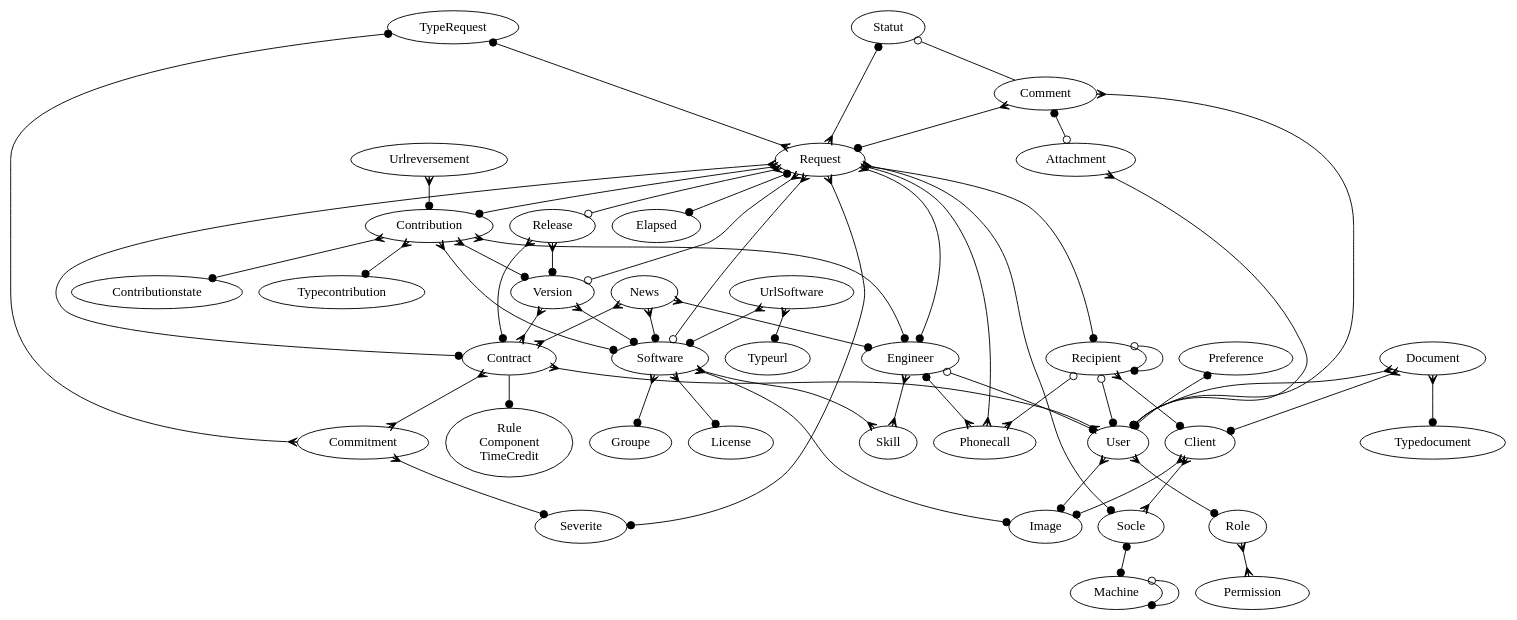
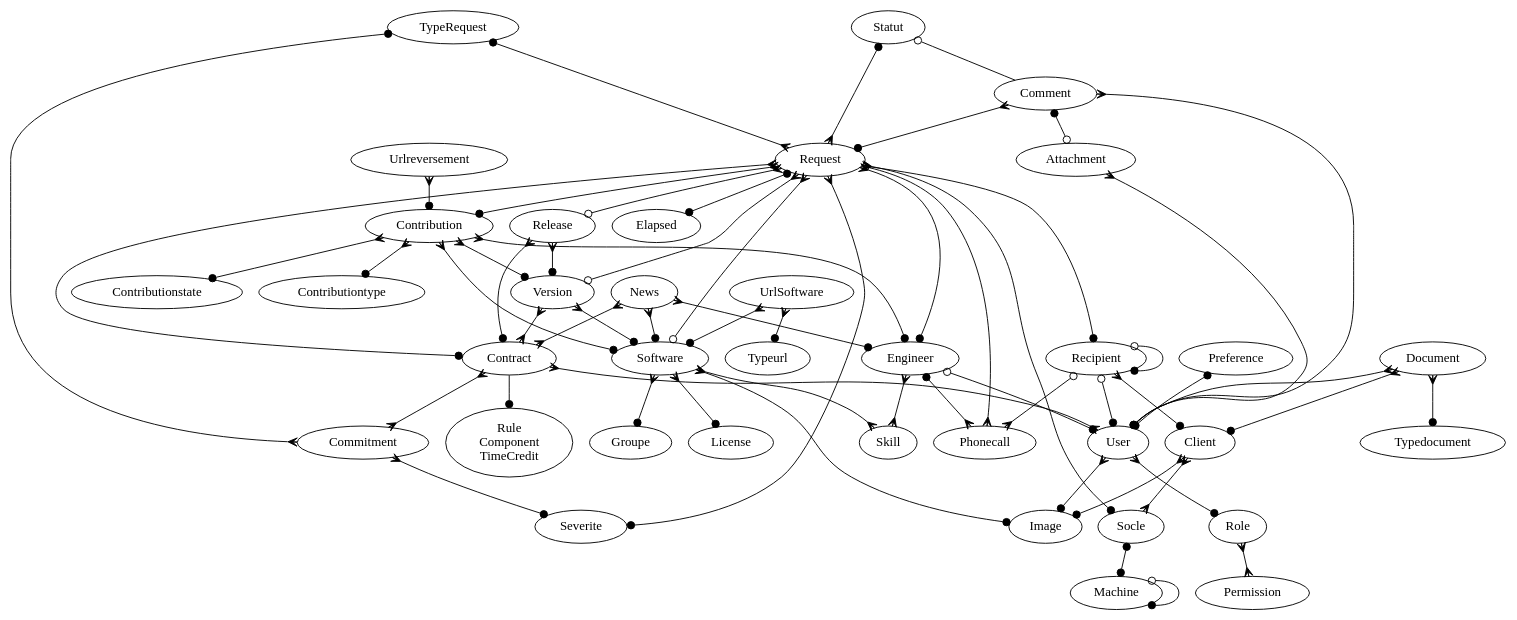
One commit to trivoallan/tosca changed the diagram in doc/data_model.dot. Above: the diagram before and after it, drawn with Graphviz. The commit also changed 27 other files, not shown here.

Commit message:
Rename typecontribution 2 contributiontype

```diff
--- a/doc/data_model.dot
+++ b/doc/data_model.dot
@@ -1,83 +1,83 @@
 digraph x {
 
 //rotate=90;
 {rank=min; Statut TypeRequest Statut }
 
 Rule [label="Rule\nComponent\nTimeCredit"]
 
 Recipient -> User [arrowhead=dot,arrowtail=odot,dir=both]
 Recipient -> Phonecall [arrowhead=crow,arrowtail=odot,dir=both]
 Recipient -> Client [arrowhead=dot,dir=both,arrowtail=crow]
 Recipient -> Recipient [arrowhead=dot,arrowtail=odot,dir=both]
 
 Client -> Image [arrowhead=dot,dir=both,arrowtail=crow]
 Client -> Socle [arrowhead=crow,dir=both,arrowtail=crow]
 
 Comment -> Request [arrowhead=dot,dir=both,arrowtail=crow]
 Comment -> User [arrowhead=dot,dir=both,arrowtail=crow]
 Comment -> Attachment [arrowhead=odot,dir=both,arrowtail=dot]
 Comment -> Statut [arrowhead=odot]
 
 Contract -> User [arrowhead=crow,dir=both,arrowtail=crow]
 Contract -> Commitment [arrowhead=crow,arrowtail=crow,dir=both]
 Contract -> Rule [arrowhead=dot,arrowtail=crow]
 
 User -> Image [arrowhead=dot,dir=both,arrowtail=crow]
 User -> Role [arrowhead=dot,arrowtail=crow,dir=both]
 Engineer -> Skill [arrowhead=crow,arrowtail=crow,dir=both]
 Engineer -> User [arrowhead=dot,arrowtail=odot,dir=both]
 Engineer -> Phonecall [arrowhead=crow,dir=both,arrowtail=dot]
 
 News -> Engineer [arrowhead=dot,dir=both,arrowtail=crow]
 News -> Contract [arrowhead=crow,dir=both,arrowtail=crow]
 News -> Software [arrowhead=dot,dir=both,arrowtail=crow]
 
 Request -> TypeRequest [arrowhead=dot,dir=both,arrowtail=crow]
 Request -> Elapsed [arrowhead=dot,dir=both,arrowtail=dot]
 Request -> Severite [arrowhead=dot,dir=both,arrowtail=crow]
 Request -> Recipient [arrowhead=dot,dir=both,arrowtail=crow]
 Request -> Socle [arrowhead=dot,dir=both,arrowtail=crow]
 Request -> Contribution [arrowhead=dot,dir=both,arrowtail=crow]
 Request -> Contract [arrowhead=dot,dir=both,arrowtail=crow]
 Request -> Statut [arrowhead=dot,dir=both,arrowtail=crow]
 Request -> Engineer [arrowhead=dot,dir=both,arrowtail=crow]
 Request -> Phonecall [arrowhead=crow,arrowtail=odot,dir=both]
 Request -> Software [arrowhead=odot,dir=both,arrowtail=crow]
 Request -> Release [arrowhead=odot,dir=both,arrowtail=crow]
 Request -> Version [arrowhead=odot,dir=both,arrowtail=crow]
 
 Software -> Skill [arrowhead=crow,arrowtail=crow,dir=both]
 Software -> License [arrowhead=dot,dir=both,arrowtail=crow]
 Software -> Groupe [arrowhead=dot,dir=both,arrowtail=crow]
 Software -> Image [arrowhead=dot,dir=both,arrowtail=crow]
 
 
 Version -> Software [arrowhead=dot,dir=both,arrowtail=crow]
 Version -> Contract [arrowhead=crow,dir=both,arrowtail=crow]
 
 Release -> Contract [arrowhead=dot,dir=both,arrowtail=crow]
 Release -> Version [arrowhead=dot,dir=both,arrowtail=crow]
 
 
 Preference -> User [arrowhead=dot,arrowtail=dot,dir=both]
 Socle -> Machine [arrowhead=dot,dir=both,arrowtail=dot]
 Machine -> Machine [arrowhead=dot,dir=both,arrowtail=odot]
 UrlSoftware -> Software [arrowhead=dot,dir=both,arrowtail=crow]
 UrlSoftware -> Typeurl [arrowhead=dot,dir=both,arrowtail=crow]
 Commitment -> Severite [arrowhead=dot,dir=both,arrowtail=crow]
 Commitment -> TypeRequest [arrowhead=dot,dir=both,arrowtail=crow]
 Role -> Permission [arrowhead=crow,arrowtail=crow,dir=both]
 Urlreversement -> Contribution [arrowhead=dot,dir=both,arrowtail=crow]
 
 Contribution -> Contributionstate [arrowhead=dot,dir=both,arrowtail=crow]
-Contribution -> Typecontribution [arrowhead=dot,dir=both,arrowtail=crow]
+Contribution -> Contributiontype [arrowhead=dot,dir=both,arrowtail=crow]
 Contribution -> Software [arrowhead=dot,dir=both,arrowtail=crow]
 Contribution -> Version [arrowhead=dot,arrowtail=crow,dir=both]
 Contribution -> Engineer [arrowhead=dot,dir=both,arrowtail=crow]
 Attachment -> User [arrowtail=crow,dir=both,arrowhead=dot]
 Document -> Client [arrowhead=dot,dir=both,arrowtail=crow]
 Document -> Typedocument [arrowhead=dot,dir=both,arrowtail=crow]
 Document -> User [arrowhead=dot,dir=both,arrowtail=crow]
 
 
 }
```
